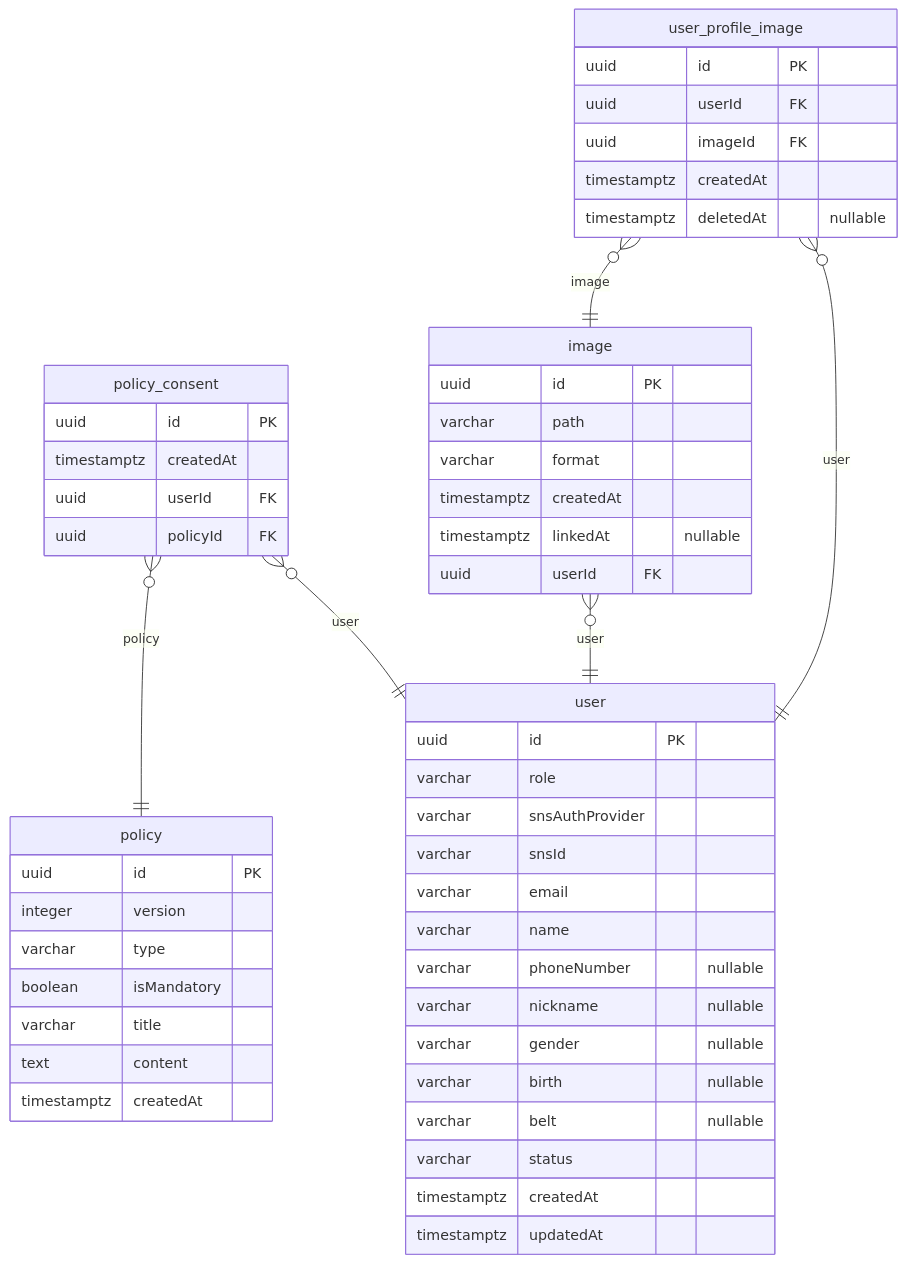
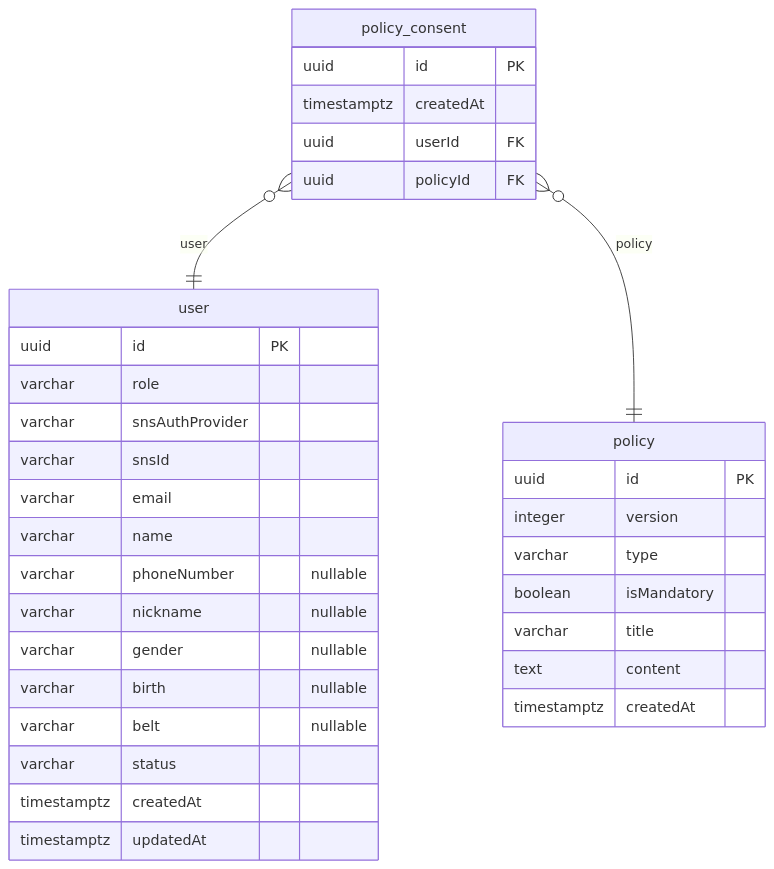
One commit to NAJUHA-JIUJITSU/najuha-v2-be changed the first of 5 diagrams in docs/najiha-v2-erd.md. Above: the diagram before and after it, drawn with Mermaid. The commit also changed other lines of this file and 25 other files, not shown here.

Commit message:
NJH-400 refactor: userProfileImage 구조 변경

````diff
--- a/docs/najiha-v2-erd.md
+++ b/docs/najiha-v2-erd.md
@@ -20,54 +20,36 @@
 ```mermaid
 erDiagram
   policy {
     uuid id PK
     integer version
     varchar type
     boolean isMandatory
     varchar title
     text content
     timestamptz createdAt
   }
   policy_consent {
     uuid id PK
     timestamptz createdAt
     uuid userId FK
     uuid policyId FK
-  }
-  user_profile_image {
-    uuid id PK
-    uuid userId FK
-    uuid imageId FK
-    timestamptz createdAt
-    timestamptz deletedAt "nullable"
-  }
-  image {
-    uuid id PK
-    varchar path
-    varchar format
-    timestamptz createdAt
-    timestamptz linkedAt "nullable"
-    uuid userId FK
   }
   user {
     uuid id PK
     varchar role
     varchar snsAuthProvider
     varchar snsId
     varchar email
     varchar name
     varchar phoneNumber "nullable"
     varchar nickname "nullable"
     varchar gender "nullable"
     varchar birth "nullable"
     varchar belt "nullable"
     varchar status
     timestamptz createdAt
     timestamptz updatedAt
   }
   policy_consent }o--|| user: user
   policy_consent }o--|| policy: policy
-  user_profile_image }o--|| user: user
-  user_profile_image }o--|| image: image
-  image }o--|| user: user
 ```
````
